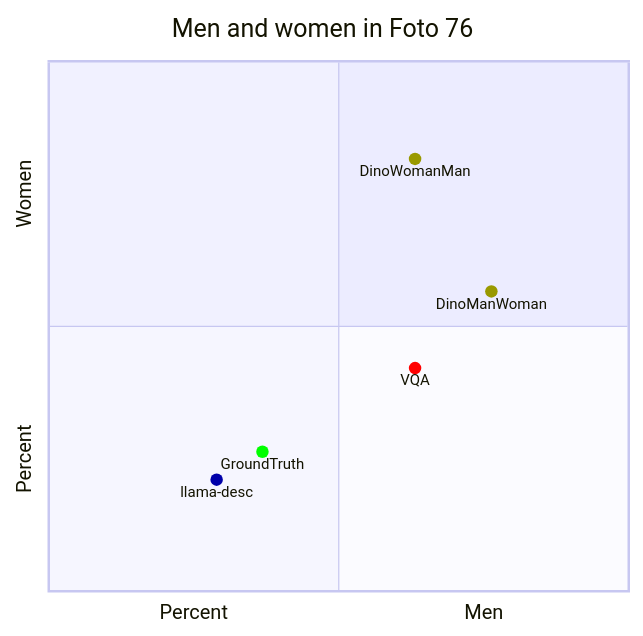
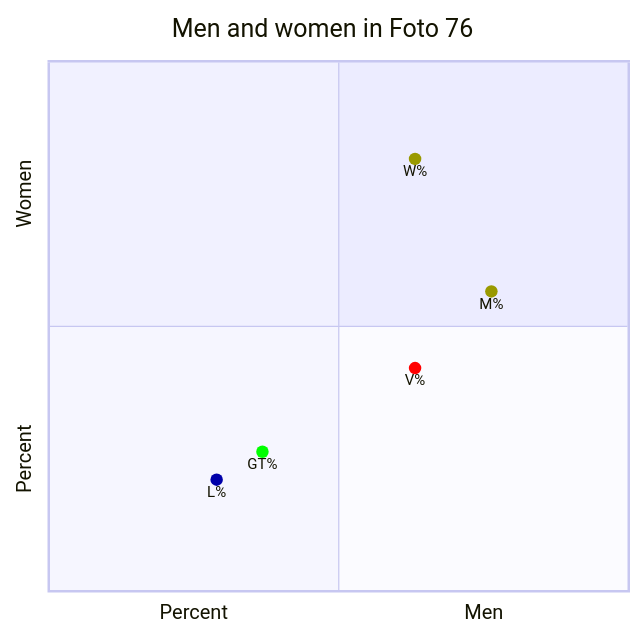
One commit to Modern36/tropes_1500 changed the ninth of 11 diagrams in browser/scatter.md. Above: the diagram before and after it, drawn with Mermaid. The commit also changed other lines of this file and 1 other file, not shown here.

````diff
--- a/browser/scatter.md
+++ b/browser/scatter.md
@@ -143,12 +140,12 @@
 ```mermaid
 quadrantChart
     title Men and women in Foto 76
     x-axis Percent --> Men
     y-axis Percent --> Women
-    DinoManWoman: [0.7631578947368421, 0.5657894736842105] color: #999900
-    DinoWomanMan: [0.631578947368421, 0.8157894736842105] color: #999900
-    GroundTruth: [0.3684210526315789, 0.2631578947368421] color: #00FF00
-    VQA: [0.631578947368421, 0.42105263157894735] color: #FF0000
-    llama-desc: [0.2894736842105263, 0.21052631578947367] color: #0000AA
+    M%: [0.7631578947368421, 0.5657894736842105] color: #999900
+    W%: [0.631578947368421, 0.8157894736842105] color: #999900
+    GT%: [0.3684210526315789, 0.2631578947368421] color: #00FF00
+    V%: [0.631578947368421, 0.42105263157894735] color: #FF0000
+    L%: [0.2894736842105263, 0.21052631578947367] color: #0000AA
 
 ```
````
